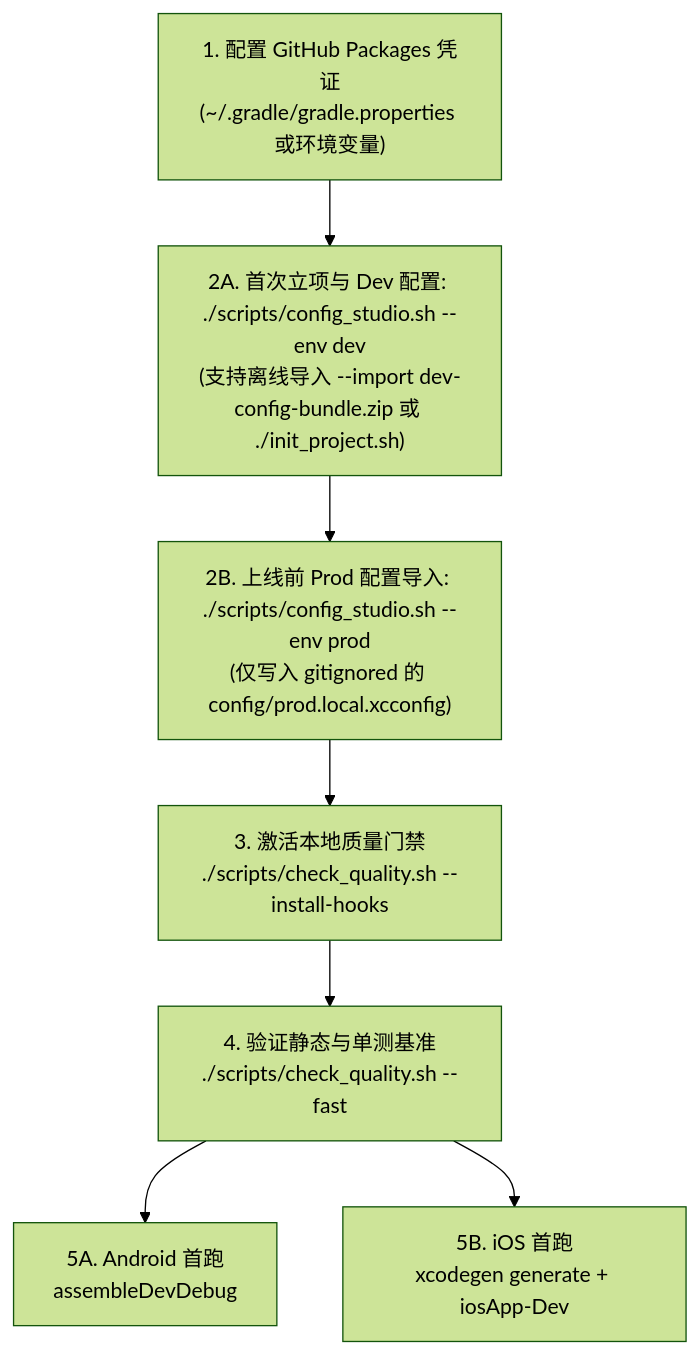
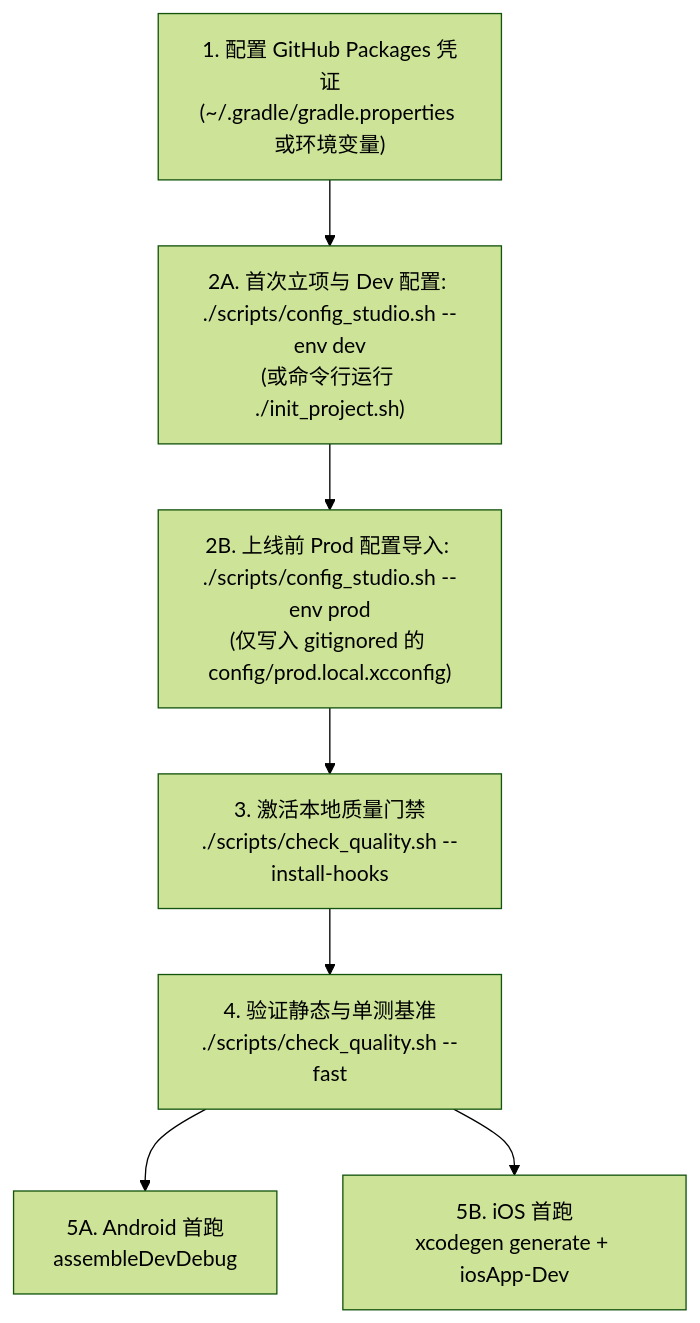
One commit to e-hai/Architecture changed the diagram in docs/sop/0003-project-init-and-dev-environment.md. Above: the diagram before and after it, drawn with Mermaid (forest theme). The commit also changed other lines of this file and 7 other files, not shown here.

Commit message:
refactor(config-studio): streamline local-only 7-card UI, fix post-init Firebase timing, and remove offline/source-patching options

````diff
--- a/docs/sop/0003-project-init-and-dev-environment.md
+++ b/docs/sop/0003-project-init-and-dev-environment.md
@@ -28,9 +28,9 @@
 ```mermaid
 flowchart TD
-    A["1. 配置 GitHub Packages 凭证\n(~/.gradle/gradle.properties 或环境变量)"] --> B["2A. 首次立项与 Dev 配置: ./scripts/config_studio.sh --env dev\n(支持离线导入 --import dev-config-bundle.zip 或 ./init_project.sh)"]
+    A["1. 配置 GitHub Packages 凭证\n(~/.gradle/gradle.properties 或环境变量)"] --> B["2A. 首次立项与 Dev 配置: ./scripts/config_studio.sh --env dev\n(或命令行运行 ./init_project.sh)"]
     B --> B2["2B. 上线前 Prod 配置导入: ./scripts/config_studio.sh --env prod\n(仅写入 gitignored 的 config/prod.local.xcconfig)"]
     B2 --> C["3. 激活本地质量门禁\n./scripts/check_quality.sh --install-hooks"]
     C --> D["4. 验证静态与单测基准\n./scripts/check_quality.sh --fast"]
     D --> E["5A. Android 首跑\nassembleDevDebug"]
     D --> F["5B. iOS 首跑\nxcodegen generate + iosApp-Dev"]
 ```
````
